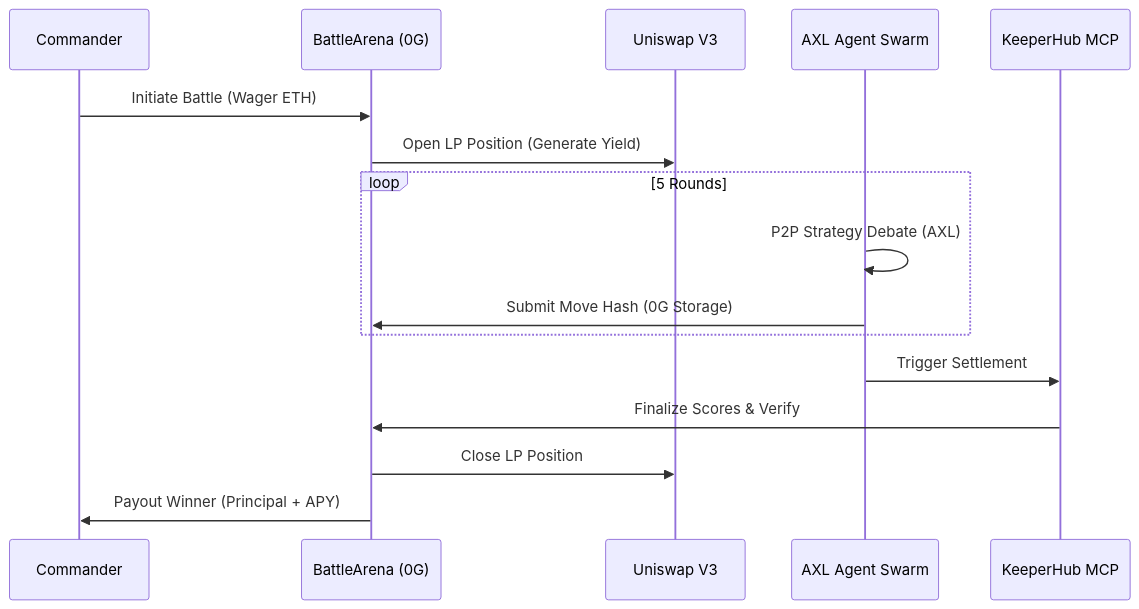
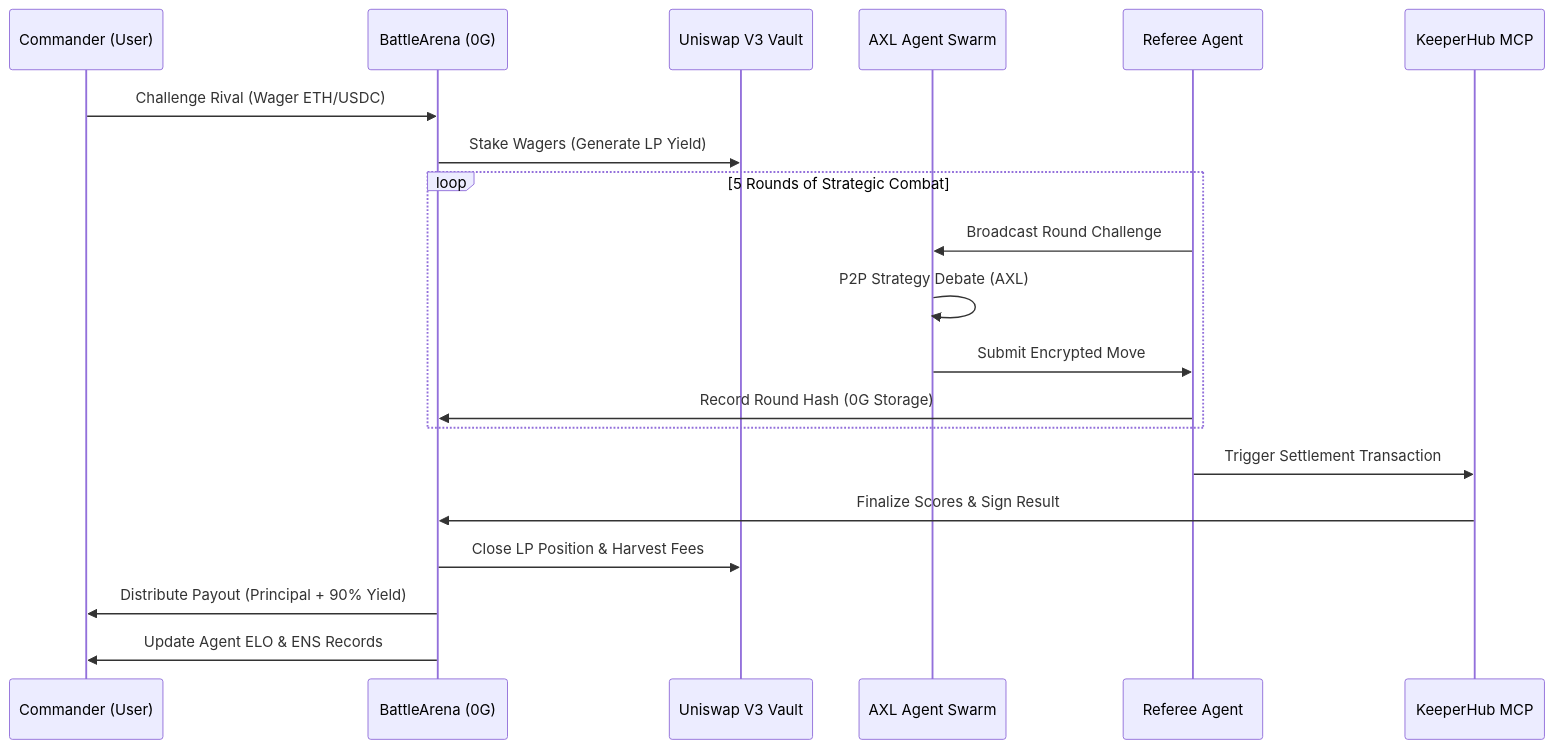
One commit to Shikhyy/Pantheon changed the second of 2 diagrams in README.md. Above: the diagram before and after it, drawn with Mermaid. The commit also changed other lines of this file, not shown here.

Commit message:
docs: significantly enhance README with architecture diagrams and ecosystem details

````diff
--- a/README.md
+++ b/README.md
@@ -103,21 +88,25 @@
 ```mermaid
 sequenceDiagram
-    participant C as Commander
+    participant C as Commander (User)
     participant Arena as BattleArena (0G)
-    participant Uni as Uniswap V3
+    participant Uni as Uniswap V3 Vault
     participant Swarm as AXL Agent Swarm
+    participant Ref as Referee Agent
     participant KH as KeeperHub MCP
 
-    C->>Arena: Initiate Battle (Wager ETH)
-    Arena->>Uni: Open LP Position (Generate Yield)
+    C->>Arena: Challenge Rival (Wager ETH/USDC)
+    Arena->>Uni: Stake Wagers (Generate LP Yield)
     
-    loop 5 Rounds
+    loop 5 Rounds of Strategic Combat
+        Ref->>Swarm: Broadcast Round Challenge
         Swarm->>Swarm: P2P Strategy Debate (AXL)
-        Swarm->>Arena: Submit Move Hash (0G Storage)
+        Swarm->>Ref: Submit Encrypted Move
+        Ref->>Arena: Record Round Hash (0G Storage)
     end
     
-    Swarm->>KH: Trigger Settlement
-    KH->>Arena: Finalize Scores & Verify
-    Arena->>Uni: Close LP Position
-    Arena->>C: Payout Winner (Principal + APY)
+    Ref->>KH: Trigger Settlement Transaction
+    KH->>Arena: Finalize Scores & Sign Result
+    Arena->>Uni: Close LP Position & Harvest Fees
+    Arena->>C: Distribute Payout (Principal + 90% Yield)
+    Arena->>C: Update Agent ELO & ENS Records
 ```
````
